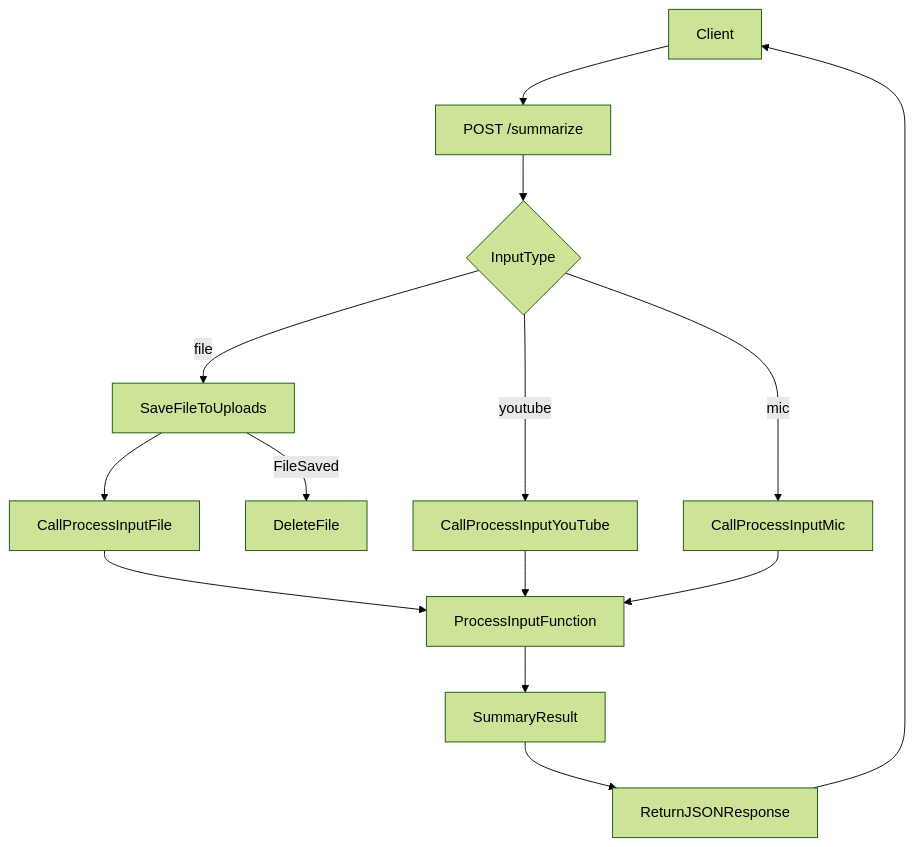
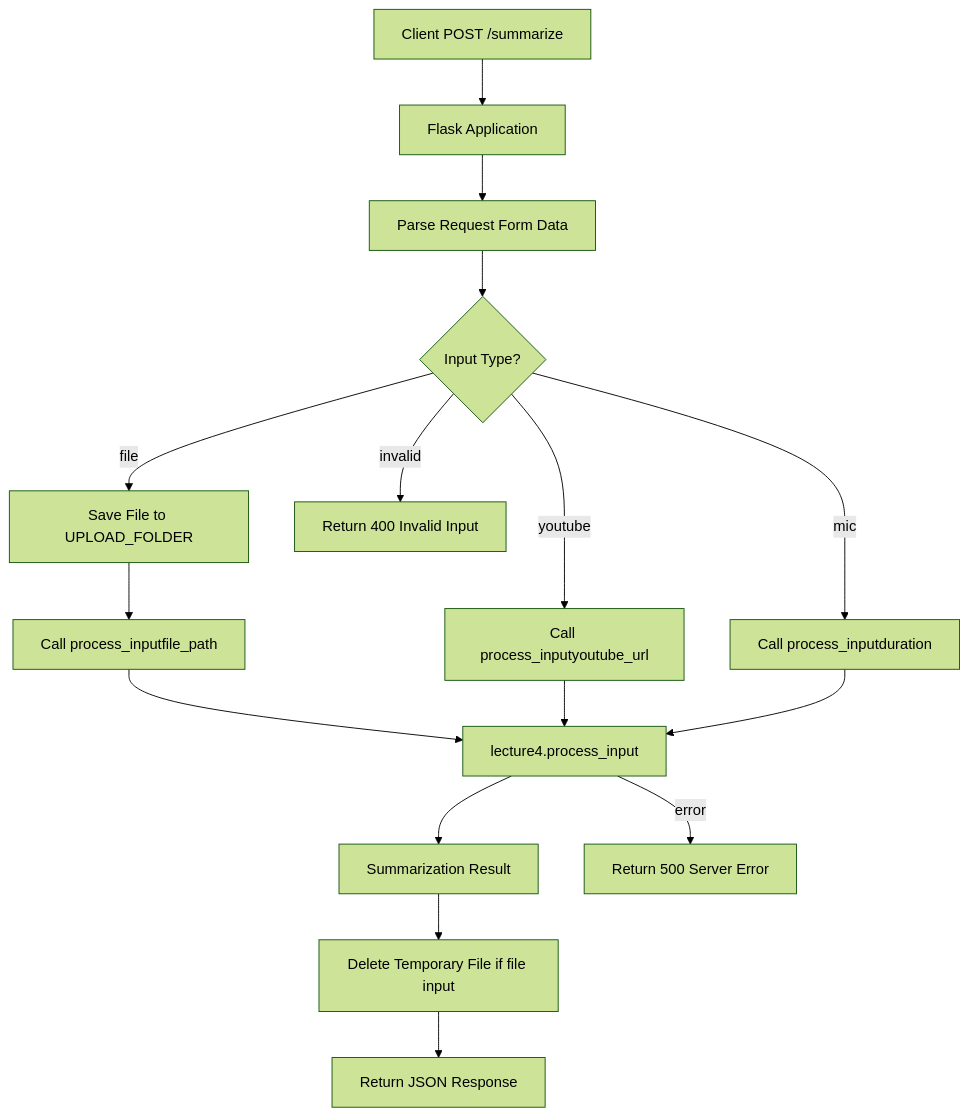
Before and after one commit to test-company-prowiz/Note-Summerizer: the diagram in docs/server.py.md, drawn with Mermaid (forest theme). The commit also changed other lines of this file, not shown here.

Commit message:
docs: auto-generated documentation for docs/server.py.md

````diff
--- a/docs/server.py.md
+++ b/docs/server.py.md
@@ -45,16 +46,18 @@
 ```mermaid
 graph TD
-A[Client] --> B[POST /summarize]
-B --> C{InputType}
-C -- file --> D[SaveFileToUploads]
-D --> E[CallProcessInputFile]
-C -- youtube --> F[CallProcessInputYouTube]
-C -- mic --> G[CallProcessInputMic]
-E --> H[ProcessInputFunction]
-F --> H
-G --> H
-H --> I[SummaryResult]
-I --> J[ReturnJSONResponse]
-D -- FileSaved --> K[DeleteFile]
-J --> A
+ClientRequest[Client POST /summarize] --> FlaskApp[Flask Application]
+FlaskApp --> RequestParsing[Parse Request Form Data]
+RequestParsing --> InputTypeCheck{Input Type?}
+InputTypeCheck -- file --> FileUpload[Save File to UPLOAD_FOLDER]
+FileUpload --> CallProcessInputFile[Call process_inputfile_path]
+InputTypeCheck -- youtube --> CallProcessInputYouTube[Call process_inputyoutube_url]
+InputTypeCheck -- mic --> CallProcessInputMic[Call process_inputduration]
+CallProcessInputFile --> SummarizationLogic[lecture4.process_input]
+CallProcessInputYouTube --> SummarizationLogic
+CallProcessInputMic --> SummarizationLogic
+SummarizationLogic --> Result[Summarization Result]
+Result --> DeleteTempFile[Delete Temporary File if file input]
+DeleteTempFile --> SendResponse[Return JSON Response]
+InputTypeCheck -- invalid --> InvalidInputError[Return 400 Invalid Input]
+SummarizationLogic -- error --> ServerError[Return 500 Server Error]
 ```
````
